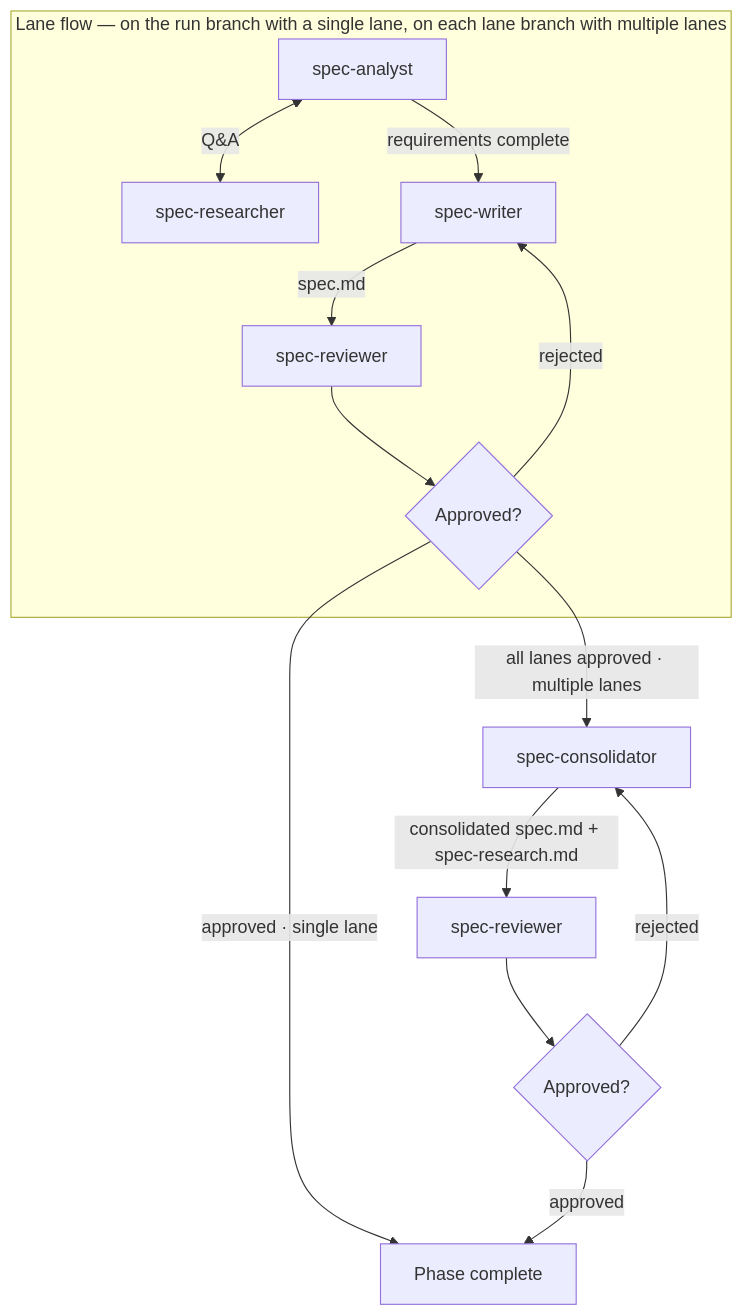
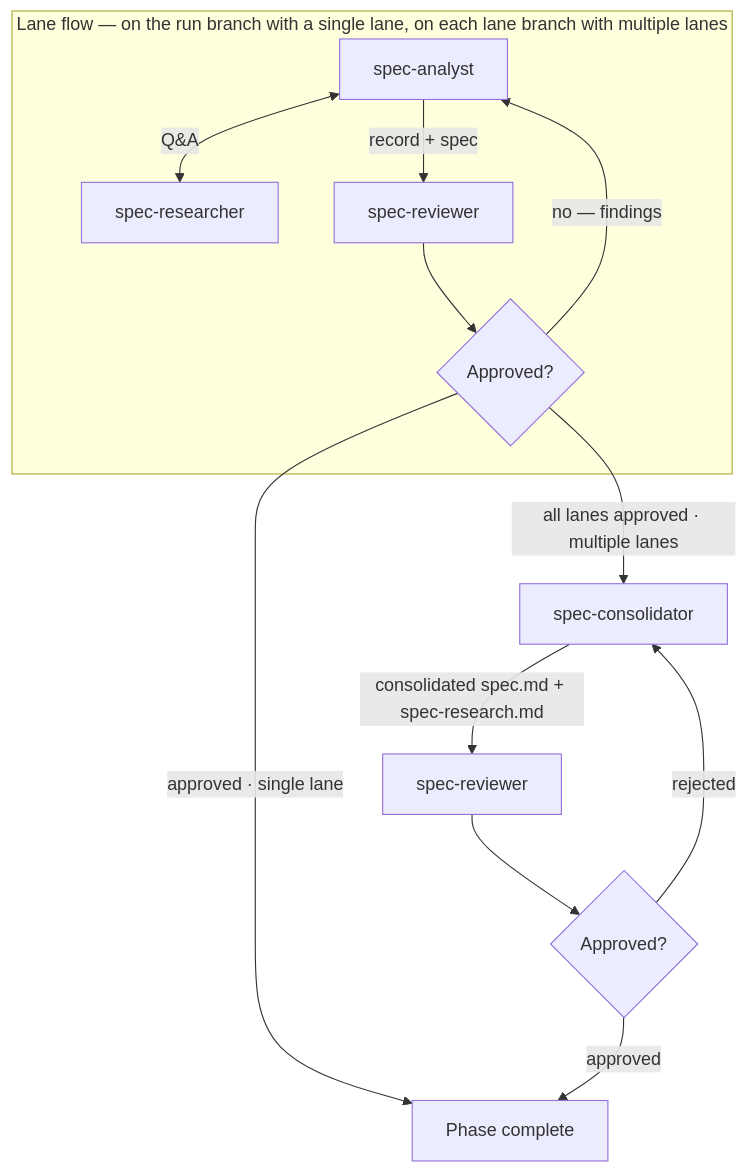
One commit to Automattic/radical-pipelines changed the diagram in skills/radical-pipelines/reference/autonomous-phases/1 - spec.md. Above: the diagram before and after it, drawn with Mermaid. The commit also changed other lines of this file and 11 other files, not shown here.

First line of the commit message:
Redesign the spec phase: the analyst owns the spec, the gate applies to the record

````diff
--- a/skills/radical-pipelines/reference/autonomous-phases/1 - spec.md
+++ b/skills/radical-pipelines/reference/autonomous-phases/1 - spec.md
@@ -56,16 +53,15 @@
 ```mermaid
 flowchart TD
     subgraph lane ["Lane flow — on the run branch with a single lane, on each lane branch with multiple lanes"]
         B[spec-analyst] <-->|Q&A| C[spec-researcher]
-        B -->|requirements complete| D[spec-writer]
-        D -->|spec.md| E[spec-reviewer]
+        B -->|record + spec| E[spec-reviewer]
         E --> F{Approved?}
-        F -->|rejected| D
+        F -->|no — findings| B
     end
     F -->|approved · single lane| K[Phase complete]
     F -->|all lanes approved · multiple lanes| H[spec-consolidator]
     H -->|consolidated spec.md + spec-research.md| I[spec-reviewer]
     I --> J{Approved?}
     J -->|rejected| H
     J -->|approved| K
 ```
````
